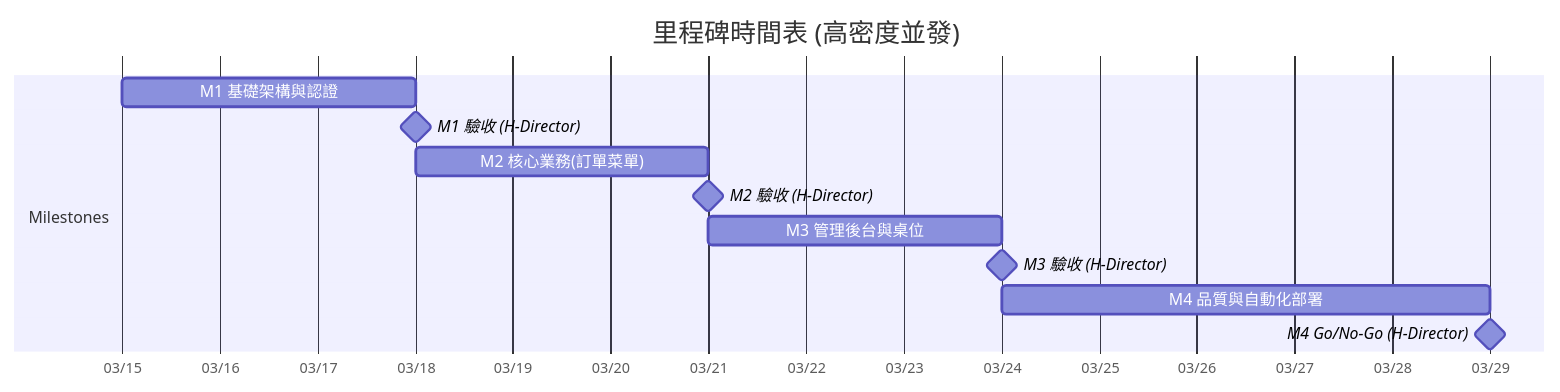
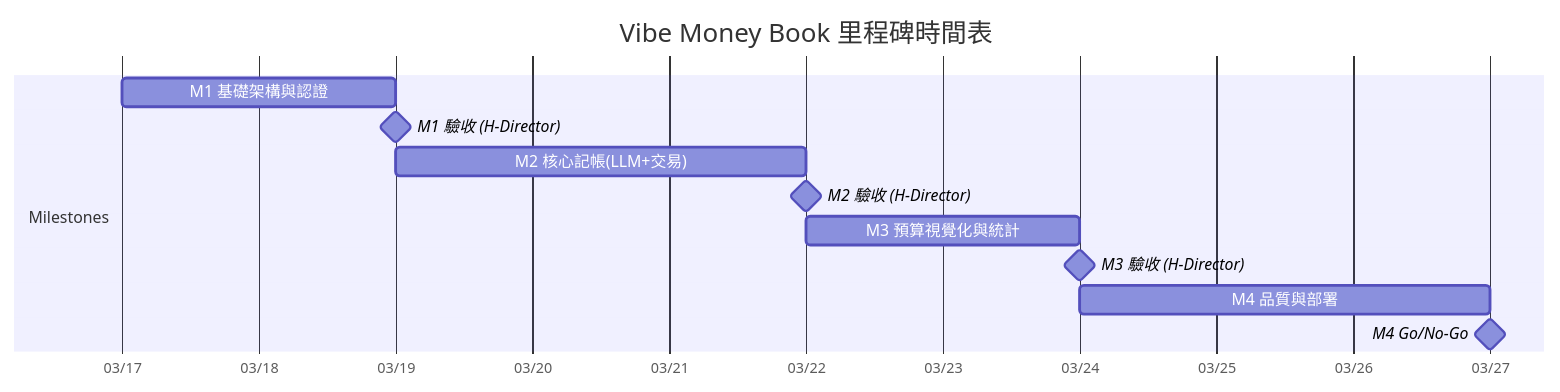
One commit to robin-li/vibe-money-book changed the second of 5 diagrams in .claude/skills/vibe-sdlc-p1-spec/examples/docs/02-Dev_Plan.md. Above: the diagram before and after it, drawn with Mermaid. The commit also changed other lines of this file and 8 other files, not shown here.

````diff
--- a/.claude/skills/vibe-sdlc-p1-spec/examples/docs/02-Dev_Plan.md
+++ b/.claude/skills/vibe-sdlc-p1-spec/examples/docs/02-Dev_Plan.md
@@ -96,16 +93,16 @@
 ```mermaid
 gantt
-    title 里程碑時間表 (高密度並發)
+    title Vibe Money Book 里程碑時間表
     dateFormat YYYY-MM-DD
     axisFormat %m/%d
 
     section Milestones
-    M1 基礎架構與認證      :m1, 2026-03-15, 3d
-    M1 驗收 (H-Director)  :milestone, 2026-03-18, 0d
-    M2 核心業務(訂單菜單)  :m2, after m1, 3d
-    M2 驗收 (H-Director)  :milestone, 2026-03-21, 0d
-    M3 管理後台與桌位      :m3, after m2, 3d
-    M3 驗收 (H-Director)  :milestone, 2026-03-24, 0d
-    M4 品質與自動化部署    :m4, after m3, 5d
-    M4 Go/No-Go (H-Director) :milestone, 2026-03-29, 0d
+    M1 基礎架構與認證        :m1, 2026-03-17, 2d
+    M1 驗收 (H-Director)    :milestone, 2026-03-19, 0d
+    M2 核心記帳(LLM+交易)    :m2, after m1, 3d
+    M2 驗收 (H-Director)    :milestone, 2026-03-22, 0d
+    M3 預算視覺化與統計       :m3, after m2, 2d
+    M3 驗收 (H-Director)    :milestone, 2026-03-24, 0d
+    M4 品質與部署            :m4, after m3, 3d
+    M4 Go/No-Go             :milestone, 2026-03-27, 0d
 ```
````
